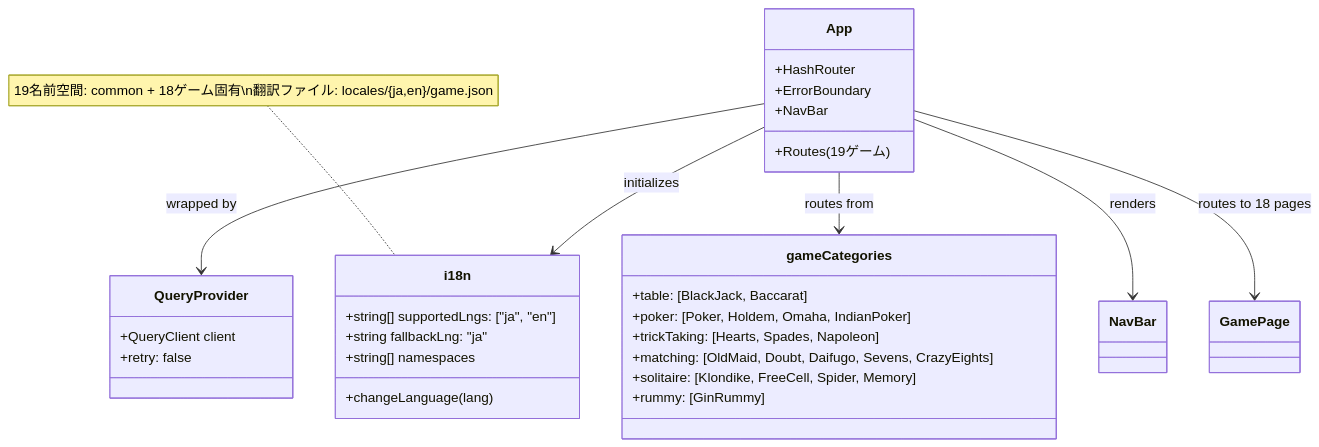
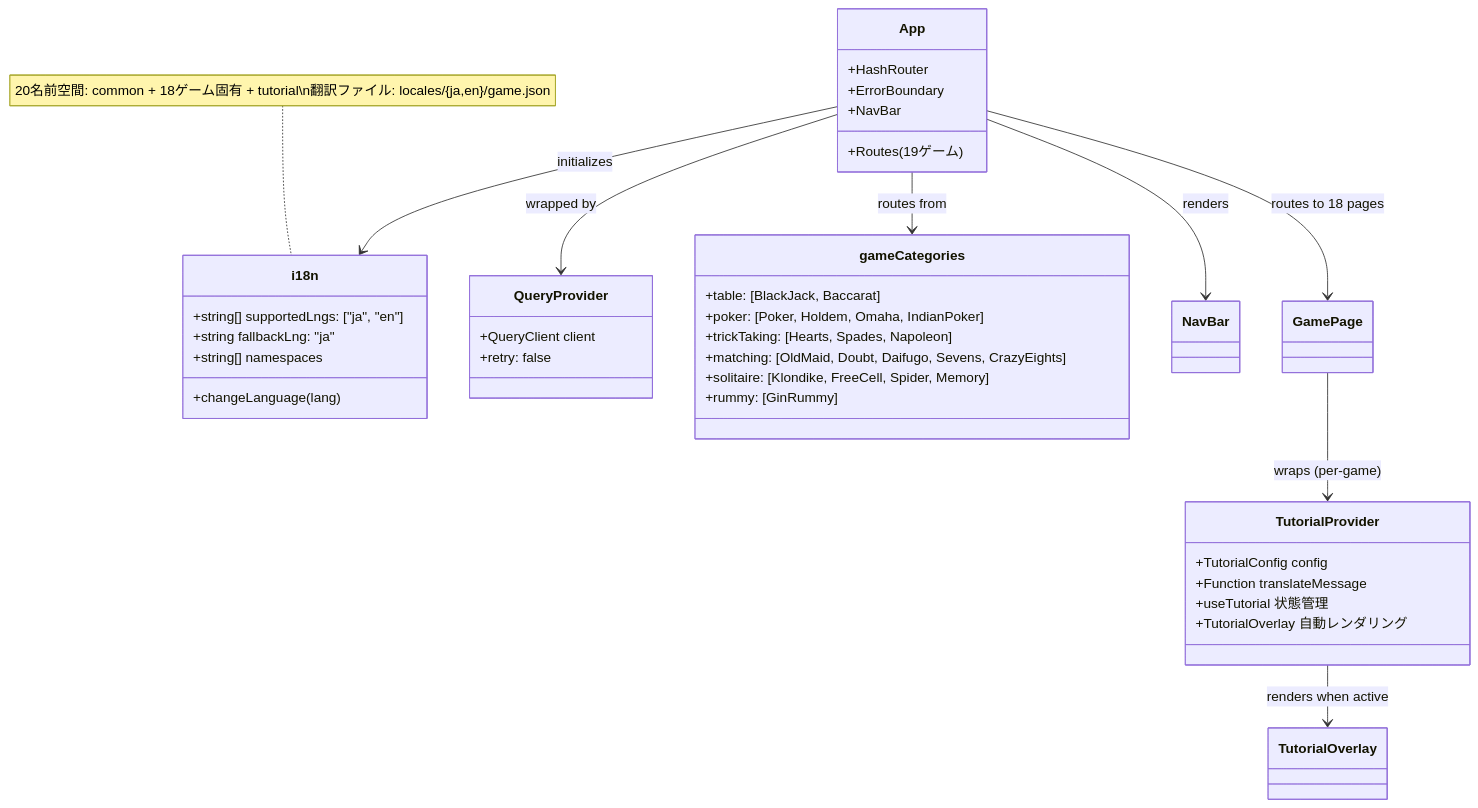
One commit to yuta-yoshinaga/go_trumpcards changed the eighth of 17 diagrams in docs/design/frontend.md. Above: the diagram before and after it, drawn with Mermaid. The commit also changed other lines of this file and 21 other files, not shown here.

````diff
--- a/docs/design/frontend.md
+++ b/docs/design/frontend.md
@@ -565,38 +617,47 @@
 ```mermaid
 classDiagram
     class i18n {
         +string[] supportedLngs: ["ja", "en"]
         +string fallbackLng: "ja"
         +string[] namespaces
         +changeLanguage(lang)
     }
 
     class QueryProvider {
         +QueryClient client
         +retry: false
     }
 
     class App {
         +HashRouter
         +ErrorBoundary
         +NavBar
         +Routes (19ゲーム)
     }
 
     class gameCategories {
         +table: [BlackJack, Baccarat]
         +poker: [Poker, Holdem, Omaha, IndianPoker]
         +trickTaking: [Hearts, Spades, Napoleon]
         +matching: [OldMaid, Doubt, Daifugo, Sevens, CrazyEights]
         +solitaire: [Klondike, FreeCell, Spider, Memory]
         +rummy: [GinRummy]
     }
 
+    class TutorialProvider {
+        +TutorialConfig config
+        +Function translateMessage
+        +useTutorial 状態管理
+        +TutorialOverlay 自動レンダリング
+    }
+
     App --> QueryProvider : wrapped by
     App --> i18n : initializes
     App --> gameCategories : routes from
     App --> NavBar : renders
     App --> GamePage : routes to 18 pages
+    GamePage --> TutorialProvider : wraps (per-game)
+    TutorialProvider --> TutorialOverlay : renders when active
 
-    note for i18n "19名前空間: common + 18ゲーム固有\n翻訳ファイル: locales/{ja,en}/game.json"
+    note for i18n "20名前空間: common + 18ゲーム固有 + tutorial\n翻訳ファイル: locales/{ja,en}/game.json"
 ```
````
